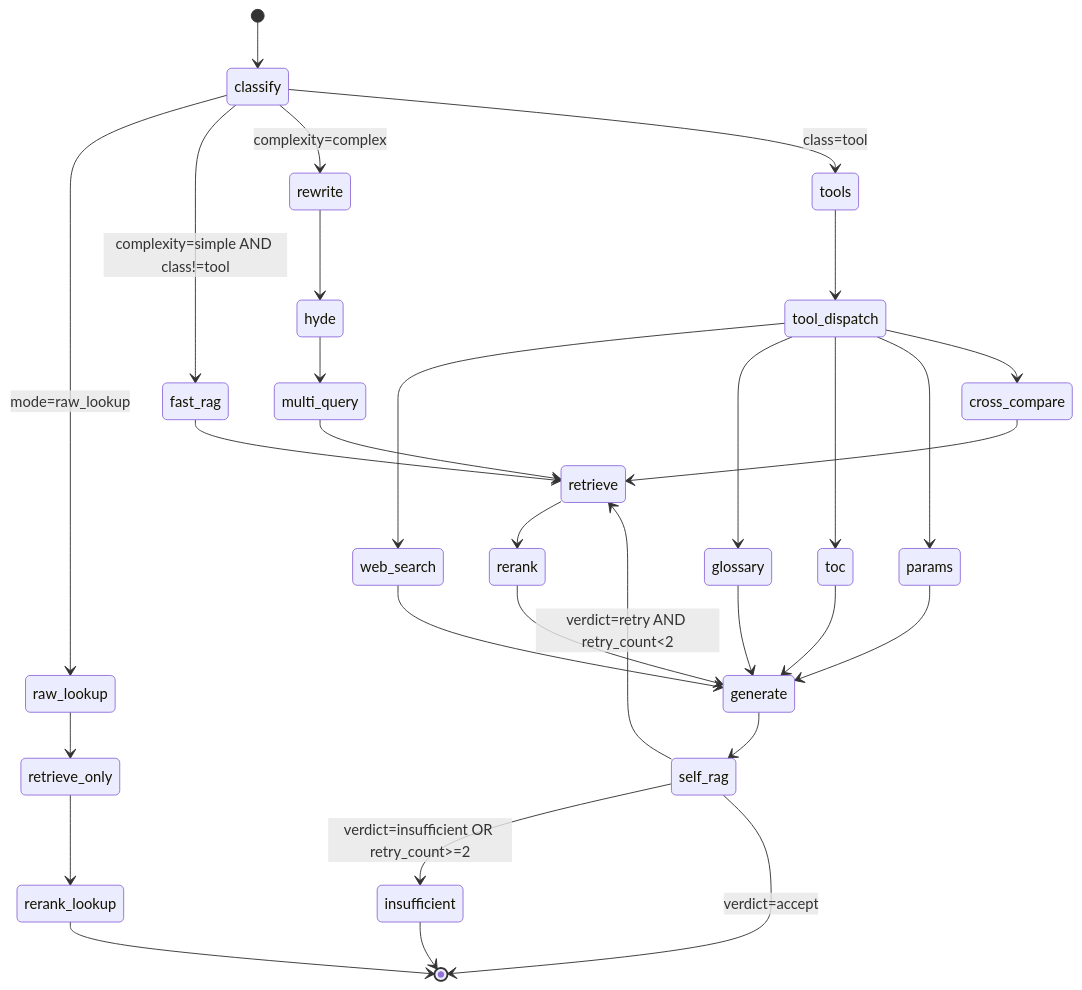
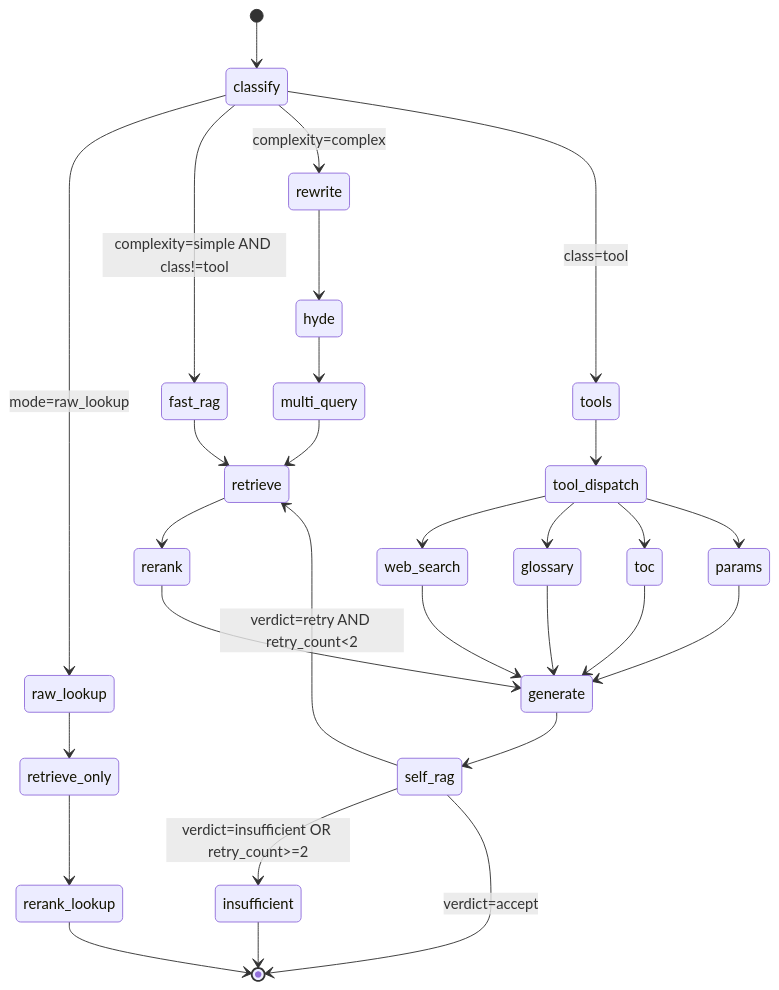
One commit to EpisodeYu/3GPP-Everything changed the first of 2 diagrams in docs/03-development/03-agent.md. Above: the diagram before and after it, drawn with Mermaid. The commit also changed other lines of this file and 6 other files, not shown here.

````diff
--- a/docs/03-development/03-agent.md
+++ b/docs/03-development/03-agent.md
@@ -77,33 +77,31 @@
 ```mermaid
 stateDiagram-v2
     [*] --> classify
     classify --> raw_lookup: mode=raw_lookup
     classify --> fast_rag: complexity=simple AND class!=tool
     classify --> rewrite: complexity=complex
     classify --> tools: class=tool
     rewrite --> hyde
     hyde --> multi_query
     multi_query --> retrieve
     fast_rag --> retrieve
     retrieve --> rerank
     rerank --> generate
     tools --> tool_dispatch
     tool_dispatch --> web_search
     tool_dispatch --> glossary
     tool_dispatch --> toc
     tool_dispatch --> params
-    tool_dispatch --> cross_compare
     web_search --> generate
     glossary --> generate
     toc --> generate
     params --> generate
-    cross_compare --> retrieve
     generate --> self_rag
     self_rag --> retrieve: verdict=retry AND retry_count<2
     self_rag --> insufficient: verdict=insufficient OR retry_count>=2
     self_rag --> [*]: verdict=accept
     insufficient --> [*]
     raw_lookup --> retrieve_only
     retrieve_only --> rerank_lookup
     rerank_lookup --> [*]
 ```
````
